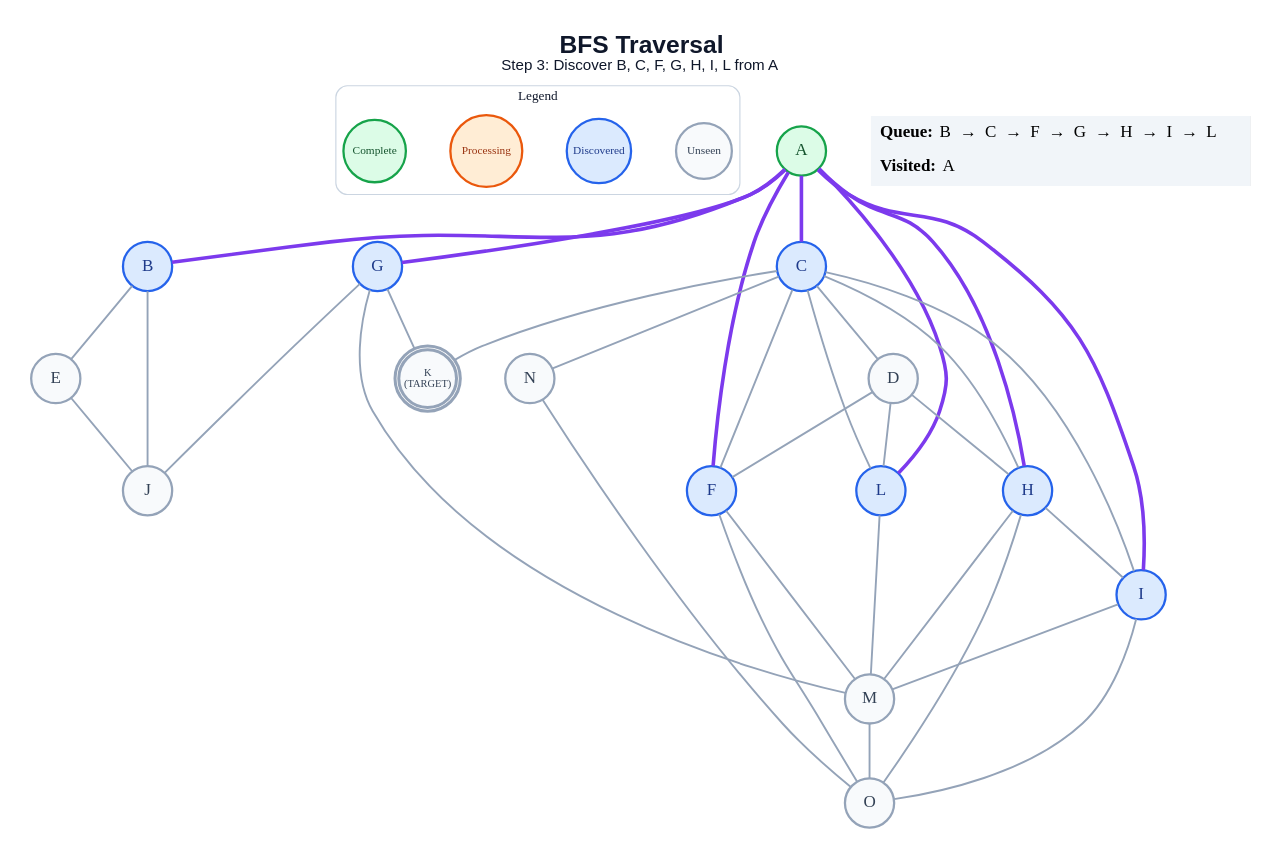
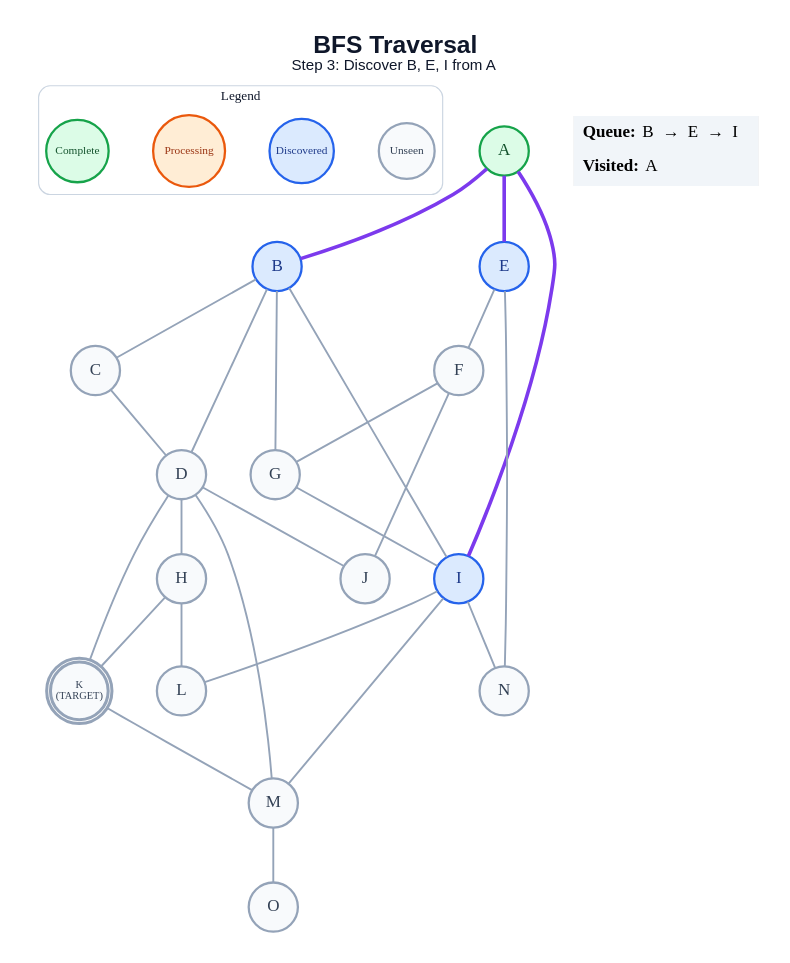
Before and after one commit to anon7238593-create/ai-slop: the diagram in generated/short-circuit/bfs/step_03.dot, drawn with Graphviz. The commit also changed 264 other files, not shown here.

```diff
--- a/generated/short-circuit/bfs/step_03.dot
+++ b/generated/short-circuit/bfs/step_03.dot
@@ -1,67 +1,58 @@
 graph traversal {
   graph [layout=dot, rankdir=TB, bgcolor="#FFFFFF", pad="0.35", nodesep="0.65", ranksep="0.8", fontname="Arial"];
   node [shape=circle, style="filled", fontname="Arial Bold", fontsize=18, width=0.72, fixedsize=true, penwidth=2.4];
   edge [color="#94A3B8", penwidth=2.0];
-  label=<<B>BFS Traversal</B><BR/><FONT POINT-SIZE="16">Step 3: Discover B, C, F, G, H, I, L from A</FONT>>; labelloc="t"; fontsize=26; fontname="Arial"; fontcolor="#0F172A";
+  label=<<B>BFS Traversal</B><BR/><FONT POINT-SIZE="16">Step 3: Discover B, E, I from A</FONT>>; labelloc="t"; fontsize=26; fontname="Arial"; fontcolor="#0F172A";
   subgraph cluster_legend { label="Legend"; color="#CBD5E1"; penwidth=1.2; style="rounded"; fontsize=14; fontname="Arial Bold";
     key_unseen [label="Unseen", fillcolor="#F8FAFC", color="#94A3B8", fontcolor="#334155", fontsize=12, width=0.82];
     key_frontier [label="Discovered", fillcolor="#DBEAFE", color="#2563EB", fontcolor="#1E3A8A", fontsize=12, width=0.95];
     key_current [label="Processing", fillcolor="#FFEDD5", color="#EA580C", fontcolor="#9A3412", fontsize=12, width=1.05];
     key_done [label="Complete", fillcolor="#DCFCE7", color="#16A34A", fontcolor="#14532D", fontsize=12, width=0.92];
     { rank=same; key_unseen; key_frontier; key_current; key_done; }
   }
   A [label="A", fillcolor="#DCFCE7", color="#16A34A", fontcolor="#14532D", peripheries=1, penwidth=2.4];
   B [label="B", fillcolor="#DBEAFE", color="#2563EB", fontcolor="#1E3A8A", peripheries=1, penwidth=2.4];
-  C [label="C", fillcolor="#DBEAFE", color="#2563EB", fontcolor="#1E3A8A", peripheries=1, penwidth=2.4];
+  C [label="C", fillcolor="#F8FAFC", color="#94A3B8", fontcolor="#334155", peripheries=1, penwidth=2.4];
   D [label="D", fillcolor="#F8FAFC", color="#94A3B8", fontcolor="#334155", peripheries=1, penwidth=2.4];
-  E [label="E", fillcolor="#F8FAFC", color="#94A3B8", fontcolor="#334155", peripheries=1, penwidth=2.4];
-  F [label="F", fillcolor="#DBEAFE", color="#2563EB", fontcolor="#1E3A8A", peripheries=1, penwidth=2.4];
-  G [label="G", fillcolor="#DBEAFE", color="#2563EB", fontcolor="#1E3A8A", peripheries=1, penwidth=2.4];
-  H [label="H", fillcolor="#DBEAFE", color="#2563EB", fontcolor="#1E3A8A", peripheries=1, penwidth=2.4];
+  E [label="E", fillcolor="#DBEAFE", color="#2563EB", fontcolor="#1E3A8A", peripheries=1, penwidth=2.4];
+  F [label="F", fillcolor="#F8FAFC", color="#94A3B8", fontcolor="#334155", peripheries=1, penwidth=2.4];
+  G [label="G", fillcolor="#F8FAFC", color="#94A3B8", fontcolor="#334155", peripheries=1, penwidth=2.4];
+  H [label="H", fillcolor="#F8FAFC", color="#94A3B8", fontcolor="#334155", peripheries=1, penwidth=2.4];
   I [label="I", fillcolor="#DBEAFE", color="#2563EB", fontcolor="#1E3A8A", peripheries=1, penwidth=2.4];
   J [label="J", fillcolor="#F8FAFC", color="#94A3B8", fontcolor="#334155", peripheries=1, penwidth=2.4];
   K [label="K\n(TARGET)", fillcolor="#F8FAFC", color="#94A3B8", fontcolor="#334155", peripheries=2, penwidth=3.2, fontsize=11, width=0.85, height=0.85];
-  L [label="L", fillcolor="#DBEAFE", color="#2563EB", fontcolor="#1E3A8A", peripheries=1, penwidth=2.4];
+  L [label="L", fillcolor="#F8FAFC", color="#94A3B8", fontcolor="#334155", peripheries=1, penwidth=2.4];
   M [label="M", fillcolor="#F8FAFC", color="#94A3B8", fontcolor="#334155", peripheries=1, penwidth=2.4];
   N [label="N", fillcolor="#F8FAFC", color="#94A3B8", fontcolor="#334155", peripheries=1, penwidth=2.4];
   O [label="O", fillcolor="#F8FAFC", color="#94A3B8", fontcolor="#334155", peripheries=1, penwidth=2.4];
   A -- B [color="#7C3AED", penwidth=3.8];
-  A -- C [color="#7C3AED", penwidth=3.8];
-  A -- F [color="#7C3AED", penwidth=3.8];
-  A -- G [color="#7C3AED", penwidth=3.8];
-  A -- H [color="#7C3AED", penwidth=3.8];
+  A -- E [color="#7C3AED", penwidth=3.8];
   A -- I [color="#7C3AED", penwidth=3.8];
-  A -- L [color="#7C3AED", penwidth=3.8];
-  B -- E;
-  B -- J;
+  B -- C;
+  B -- D;
+  B -- G;
+  B -- I;
   C -- D;
-  C -- F;
-  C -- H;
-  C -- I;
-  C -- K;
-  C -- L;
-  C -- N;
-  D -- F;
   D -- H;
-  D -- L;
-  E -- J;
-  F -- M;
-  F -- O;
-  G -- J;
-  G -- K;
-  G -- M;
-  H -- I;
-  H -- M;
-  H -- O;
+  D -- J;
+  D -- K;
+  D -- M;
+  E -- F;
+  E -- N;
+  F -- G;
+  F -- J;
+  G -- I;
+  H -- K;
+  H -- L;
+  I -- L;
   I -- M;
-  I -- O;
-  L -- M;
+  I -- N;
+  K -- M;
   M -- O;
-  N -- O;
   status [shape=plain, fixedsize=false, width=0, height=0, margin=0, label=<
     <TABLE BORDER="0" CELLBORDER="0" CELLPADDING="7" BGCOLOR="#F1F5F9">
-      <TR><TD ALIGN="LEFT"><B>Queue:</B> B  →  C  →  F  →  G  →  H  →  I  →  L</TD></TR>
+      <TR><TD ALIGN="LEFT"><B>Queue:</B> B  →  E  →  I</TD></TR>
       <TR><TD ALIGN="LEFT"><B>Visited:</B> A</TD></TR>
     </TABLE>
   >];
 }
```
